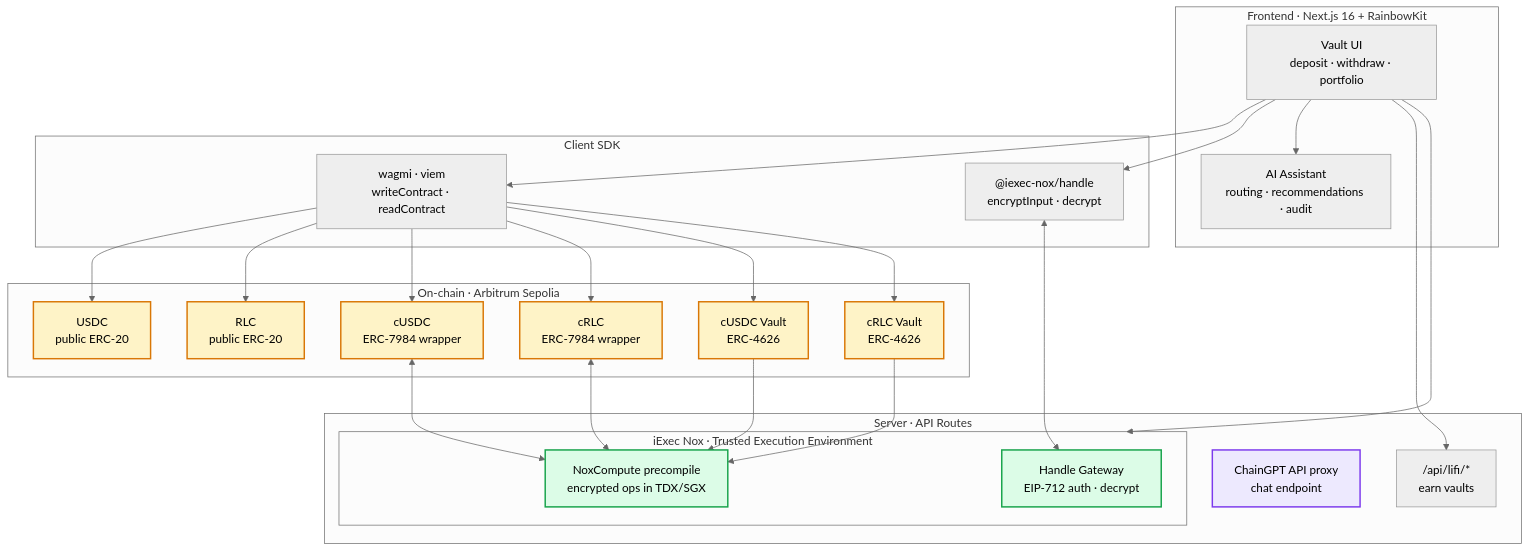
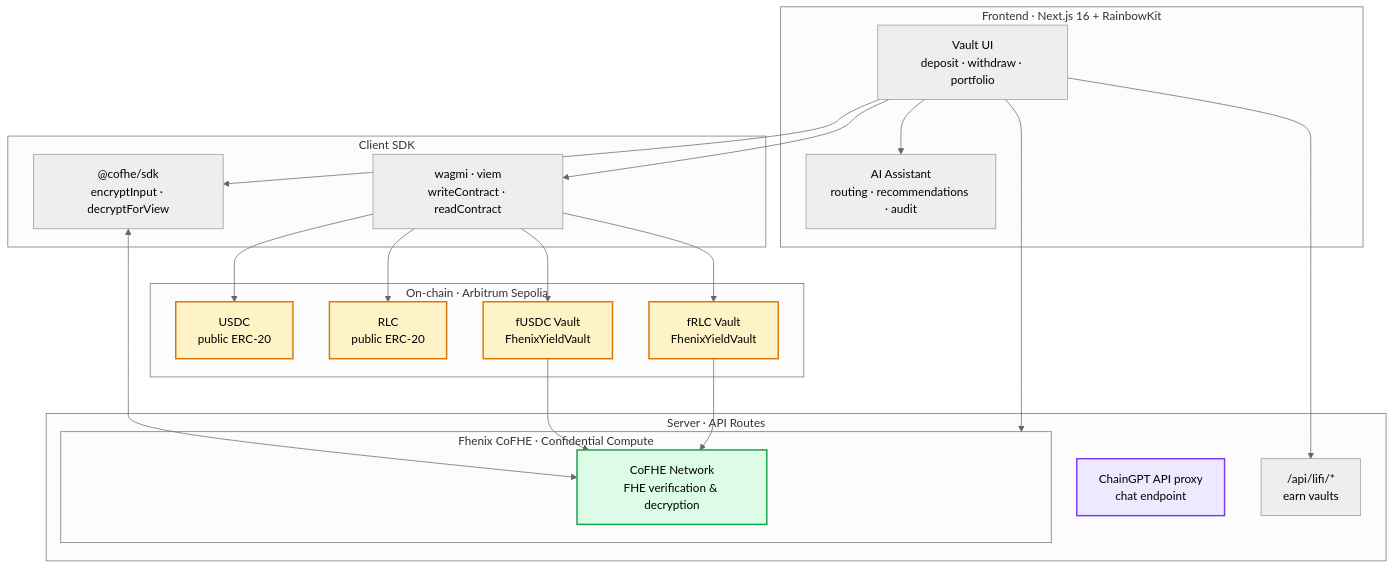
The first of 3 diagrams in README.md (projectdummy2025/eNIX-main), drawn with Mermaid (neutral theme) before and after one commit. The commit also changed other lines of this file, not shown here.

````diff
--- a/README.md
+++ b/README.md
@@ -89,56 +80,49 @@
 ```mermaid
 flowchart TB
     subgraph Frontend["Frontend · Next.js 16 + RainbowKit"]
         UI["Vault UI<br/>deposit · withdraw · portfolio"]
         AI["AI Assistant<br/>routing · recommendations · audit"]
     end
 
     subgraph SDK["Client SDK"]
-        Handle["@iexec-nox/handle<br/>encryptInput · decrypt"]
+        Cofhe["@cofhe/sdk<br/>encryptInput · decryptForView"]
         Wagmi["wagmi · viem<br/>writeContract · readContract"]
     end
 
     subgraph Server["Server · API Routes"]
         ChainGPT["ChainGPT API proxy<br/>chat endpoint"]
-        Nox["/api/nox/*<br/>vaults, quote, meta, portfolio"]
+        Fhenix["/api/fhenix/*<br/>vaults, quote, meta, portfolio"]
         Lifi["/api/lifi/*<br/>earn vaults"]
     end
 
     subgraph Onchain["On-chain · Arbitrum Sepolia"]
         USDC["USDC<br/>public ERC-20"]
         RLC["RLC<br/>public ERC-20"]
-        CUSDC["cUSDC<br/>ERC-7984 wrapper"]
-        CRLC["cRLC<br/>ERC-7984 wrapper"]
-        USDCVault["cUSDC Vault<br/>ERC-4626"]
-        RLCVault["cRLC Vault<br/>ERC-4626"]
+        fUSDCVault["fUSDC Vault<br/>FhenixYieldVault"]
+        fRLCVault["fRLC Vault<br/>FhenixYieldVault"]
     end
 
-    subgraph Nox["iExec Nox · Trusted Execution Environment"]
-        Gateway["Handle Gateway<br/>EIP-712 auth · decrypt"]
-        TEE["NoxCompute precompile<br/>encrypted ops in TDX/SGX"]
+    subgraph Fhenix["Fhenix CoFHE · Confidential Compute"]
+        CoFHE["CoFHE Network<br/>FHE verification & decryption"]
     end
 
     UI --> Wagmi
-    UI --> Handle
+    UI --> Cofhe
     UI --> AI
-    UI --> Nox
+    UI --> Fhenix
     UI --> Lifi
     Wagmi --> USDC
     Wagmi --> RLC
-    Wagmi --> CUSDC
-    Wagmi --> CRLC
-    Wagmi --> USDCVault
-    Wagmi --> RLCVault
-    Handle <--> Gateway
-    CUSDC <--> TEE
-    CRLC <--> TEE
-    USDCVault --> TEE
-    RLCVault --> TEE
+    Wagmi --> fUSDCVault
+    Wagmi --> fRLCVault
+    Cofhe <--> CoFHE
+    fUSDCVault --> CoFHE
+    fRLCVault --> CoFHE
 
     classDef chain fill:#FEF3C7,stroke:#D97706,stroke-width:2px
-    classDef nox fill:#DCFCE7,stroke:#16A34A,stroke-width:2px
-classDef ai fill:#EDE9FE,stroke:#7C3AED,stroke-width:2px
-    class USDC,RLC,CUSDC,CRLC,USDCVault,RLCVault chain
-    class Gateway,TEE nox
+    classDef fhenix fill:#DCFCE7,stroke:#16A34A,stroke-width:2px
+    classDef ai fill:#EDE9FE,stroke:#7C3AED,stroke-width:2px
+    class USDC,RLC,fUSDCVault,fRLCVault chain
+    class CoFHE fhenix
     class ChainGPT ai
 ```
````
